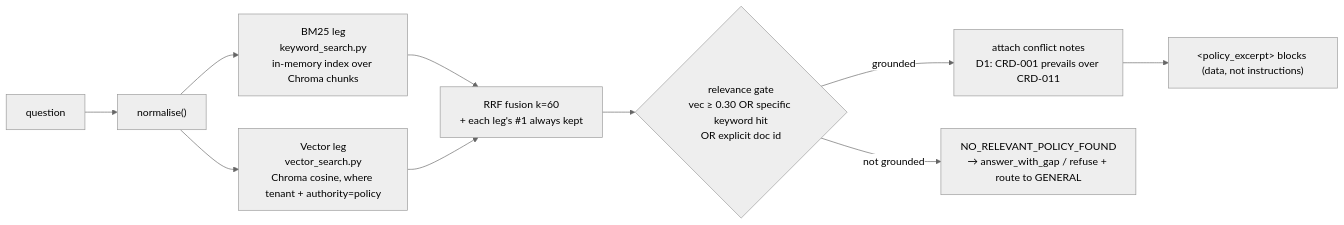
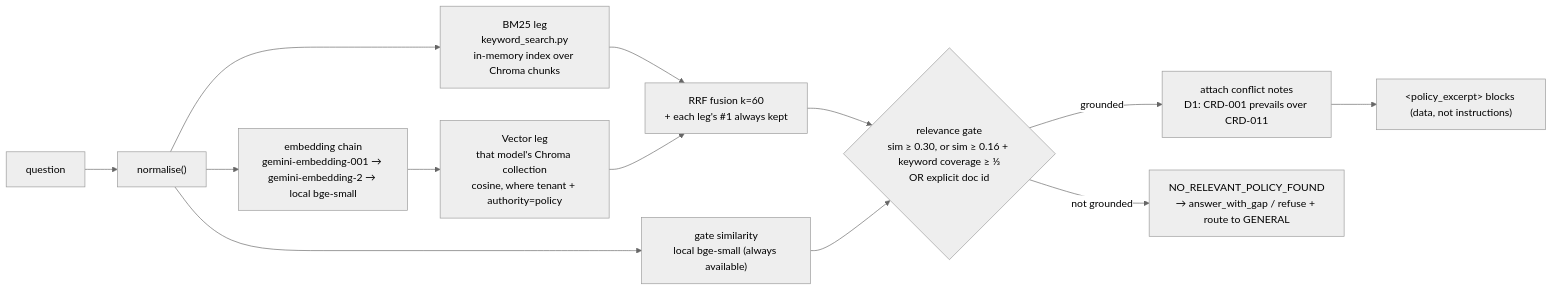
One commit to annu8932091318/Grounded-Card-RAG changed the fifth of 7 diagrams in docs/ARCHITECTURE.md. Above: the diagram before and after it, drawn with Mermaid (neutral theme). The commit also changed other lines of this file and 38 other files, not shown here.

Commit message:
final fix, fix of fallback local embeding model. And missing details in documentations.

````diff
--- a/docs/ARCHITECTURE.md
+++ b/docs/ARCHITECTURE.md
@@ -133,11 +134,14 @@
 ```mermaid
 flowchart LR
     q["question"] --> n["normalise()"]
     n --> bm["BM25 leg<br/>keyword_search.py<br/>in-memory index over Chroma chunks"]
-    n --> ve["Vector leg<br/>vector_search.py<br/>Chroma cosine, where tenant + authority=policy"]
+    n --> ch["embedding chain<br/>gemini-embedding-001 → gemini-embedding-2 → local bge-small"]
+    ch --> ve["Vector leg<br/>that model's Chroma collection<br/>cosine, where tenant + authority=policy"]
     bm --> f["RRF fusion k=60<br/>+ each leg's #1 always kept"]
     ve --> f
-    f --> gate{"relevance gate<br/>vec ≥ 0.30 OR specific keyword hit<br/>OR explicit doc id"}
+    n --> gm["gate similarity<br/>local bge-small (always available)"]
+    f --> gate{"relevance gate<br/>sim ≥ 0.30, or sim ≥ 0.16 + keyword coverage ≥ ⅓<br/>OR explicit doc id"}
+    gm --> gate
     gate -->|grounded| conf["attach conflict notes<br/>D1: CRD-001 prevails over CRD-011"] --> out["&lt;policy_excerpt&gt; blocks (data, not instructions)"]
     gate -->|not grounded| miss["NO_RELEVANT_POLICY_FOUND<br/>→ answer_with_gap / refuse + route to GENERAL"]
 ```
````
